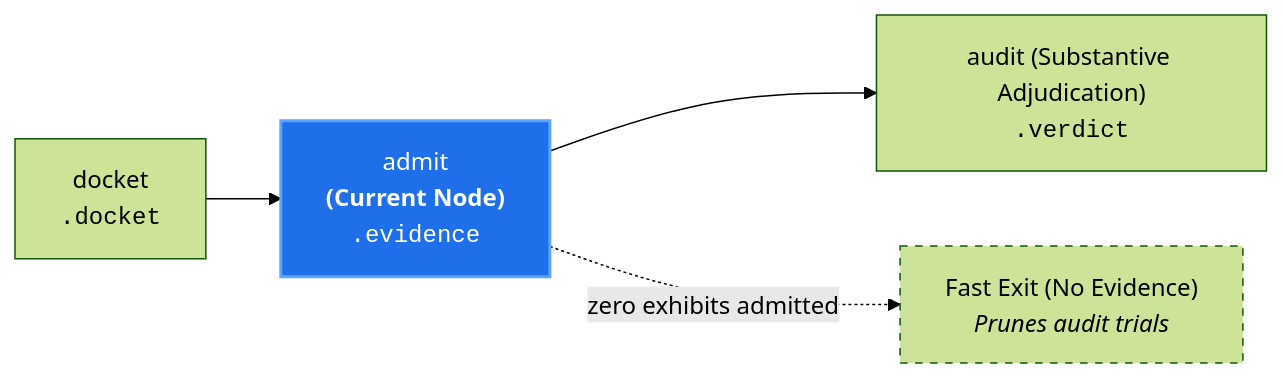
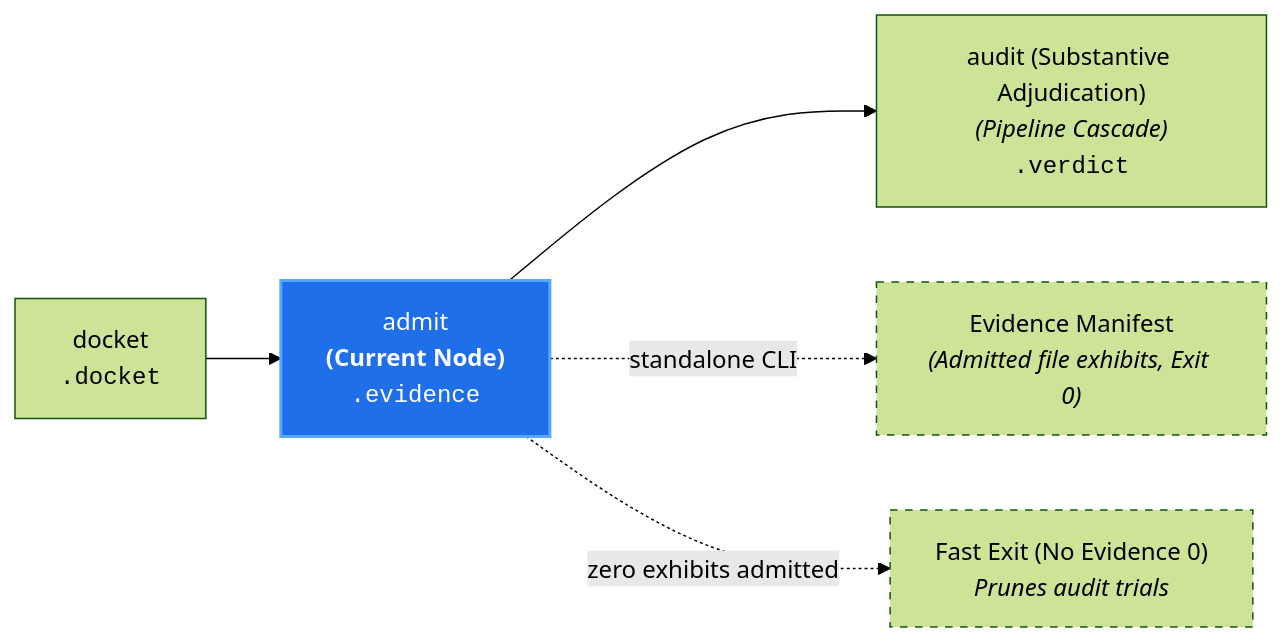
The diagram in docs/architecture/nodes/admit.md (PAIR-code/canon-clerk), drawn with Mermaid (forest theme) before and after one commit. The commit also changed 8 other files, not shown here.

Commit message:
docs(architecture): standardize localized node diagrams with standalone and exit paths

````diff
--- a/docs/architecture/nodes/admit.md
+++ b/docs/architecture/nodes/admit.md
@@ -22,9 +22,12 @@
 ```mermaid
 flowchart LR
     Docket["docket<br/><code>.docket</code>"] --> Admit["admit<br/><b>(Current Node)</b><br/><code>.evidence</code>"]
-    Admit --> Audit["audit (Substantive Adjudication)<br/><code>.verdict</code>"]
-    Admit -. "zero exhibits admitted" .-> ZeroExhibits["Fast Exit (No Evidence)<br/><i>Prunes audit trials</i>"]
+
+    Admit --> Audit["audit (Substantive Adjudication)<br/><i>(Pipeline Cascade)</i><br/><code>.verdict</code>"]
+    Admit -. "standalone CLI" .-> AdmitReport["Evidence Manifest<br/><i>(Admitted file exhibits, Exit 0)</i>"]
+    Admit -. "zero exhibits admitted" .-> ZeroExhibits["Fast Exit (No Evidence 0)<br/><i>Prunes audit trials</i>"]
 
     style Admit fill:#1f6feb,stroke:#58a6ff,stroke-width:2px,color:#fff
+    style AdmitReport stroke-dasharray: 5 5
     style ZeroExhibits stroke-dasharray: 5 5
 ```
````
